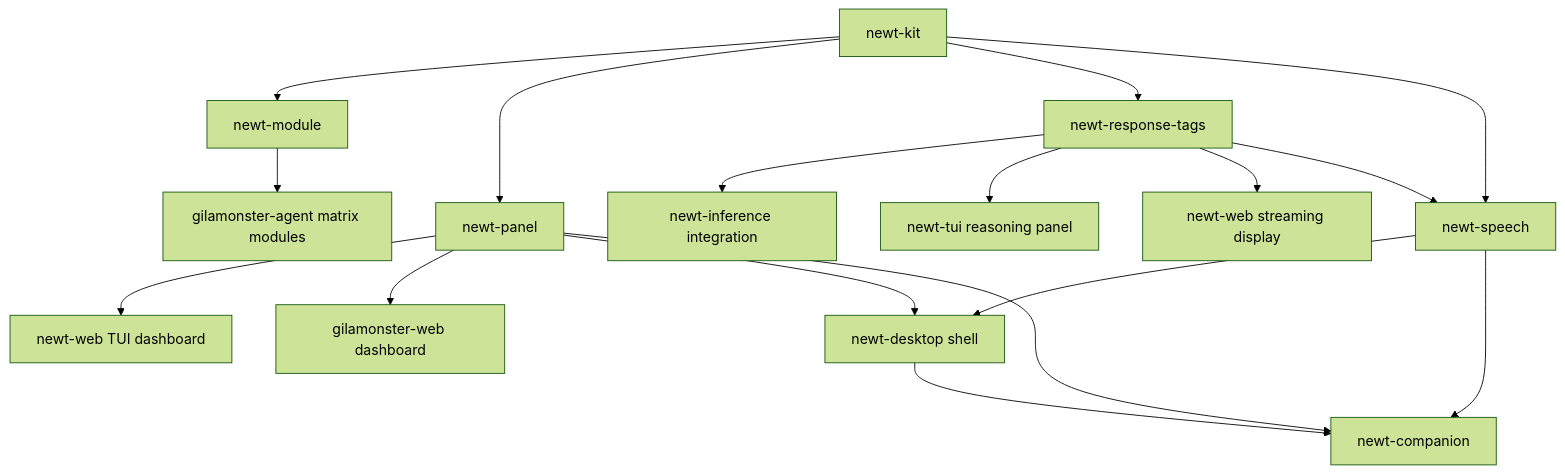
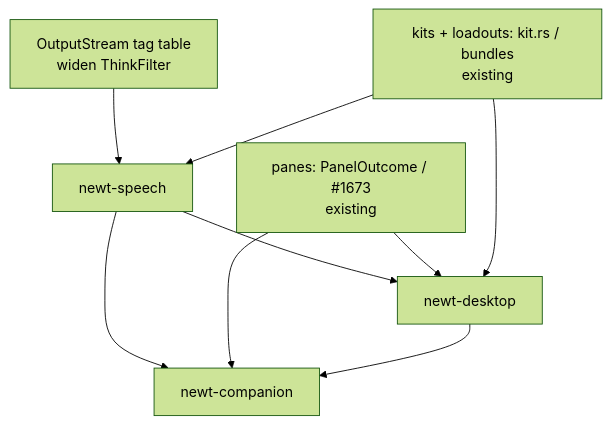
The diagram in docs/design/companion-roadmap.md (Gilamonster-Foundation/newt-agent), drawn with Mermaid (forest theme) before and after one commit. The commit also changed other lines of this file and 9 other files, not shown here.

First line of the commit message:
docs: reconcile companion proposals with existing code; file #1734 train

````diff
--- a/docs/design/companion-roadmap.md
+++ b/docs/design/companion-roadmap.md
@@ -19,19 +36,11 @@
 ```mermaid
 graph TD
-    A[newt-kit] --> B[newt-module]
-    A --> C[newt-panel]
-    A --> D[newt-response-tags]
-    A --> K[newt-speech]
-    B --> E[gilamonster-agent matrix modules]
-    C --> F[newt-web TUI dashboard]
-    C --> G[gilamonster-web dashboard]
-    C --> L[newt-desktop shell]
-    D --> H[newt-inference integration]
-    D --> I[newt-tui reasoning panel]
-    D --> J[newt-web streaming display]
-    D --> K
-    K --> L
-    K --> M[newt-companion]
-    L --> M
-    C --> M
+    T[OutputStream tag table<br/>widen ThinkFilter] --> S[newt-speech]
+    S --> D[newt-desktop]
+    S --> C[newt-companion]
+    P[panes: PanelOutcome / #1673<br/>existing] --> D
+    P --> C
+    K[kits + loadouts: kit.rs / bundles<br/>existing] --> S
+    K --> D
+    D --> C
 ```
````
